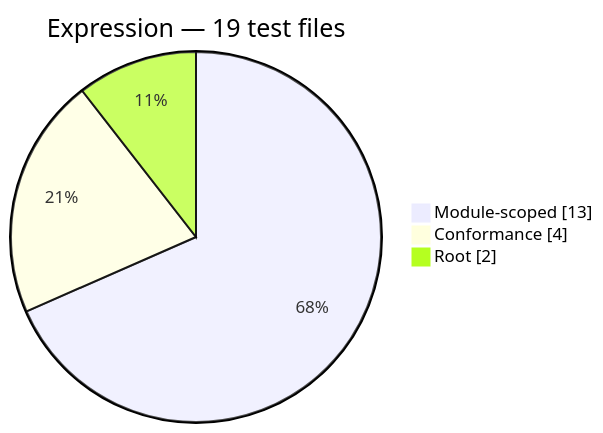
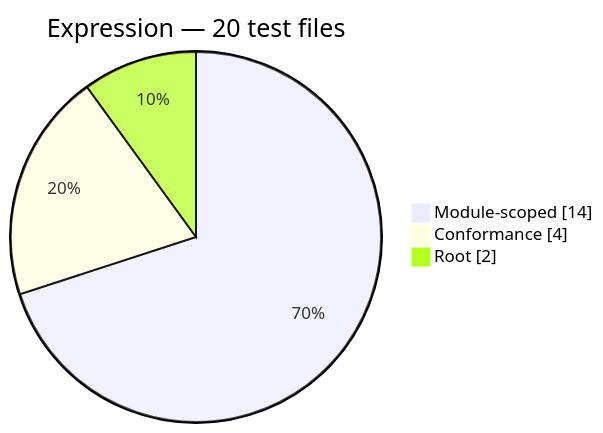
Before and after one commit to Mohammed-Alama/php-arazzo: the second of 12 diagrams in docs/generated/test-composition.md, drawn with Mermaid. The commit also changed other lines of this file and 26 other files, not shown here.

First line of the commit message:
chore(expression,evaluation): architecture docs, fitness functions, spec closure (#163)

````diff
--- a/docs/generated/test-composition.md
+++ b/docs/generated/test-composition.md
@@ -28,7 +28,7 @@
 ```mermaid
 pie showData
-    title Expression — 19 test files
-    "Module-scoped": 13
+    title Expression — 20 test files
+    "Module-scoped": 14
     "Conformance": 4
     "Root": 2
 ```
````
